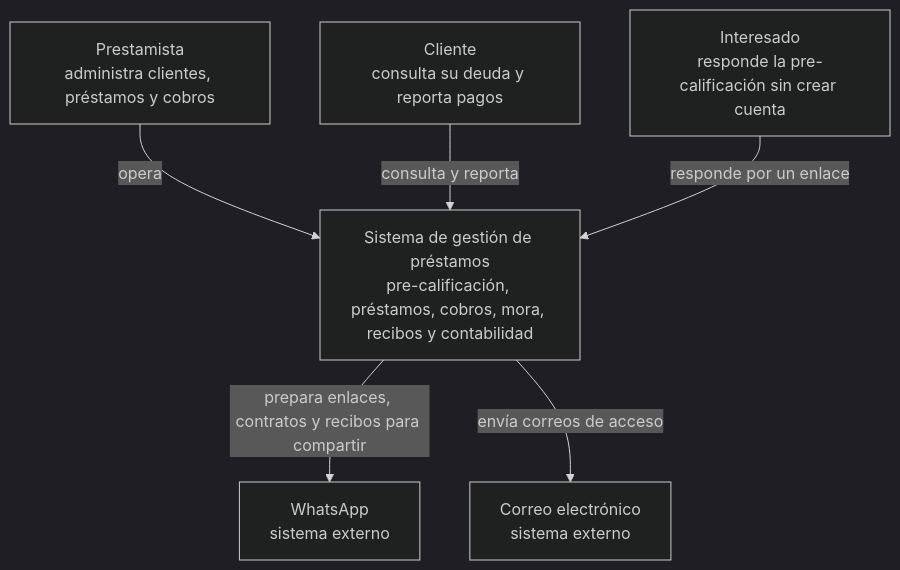
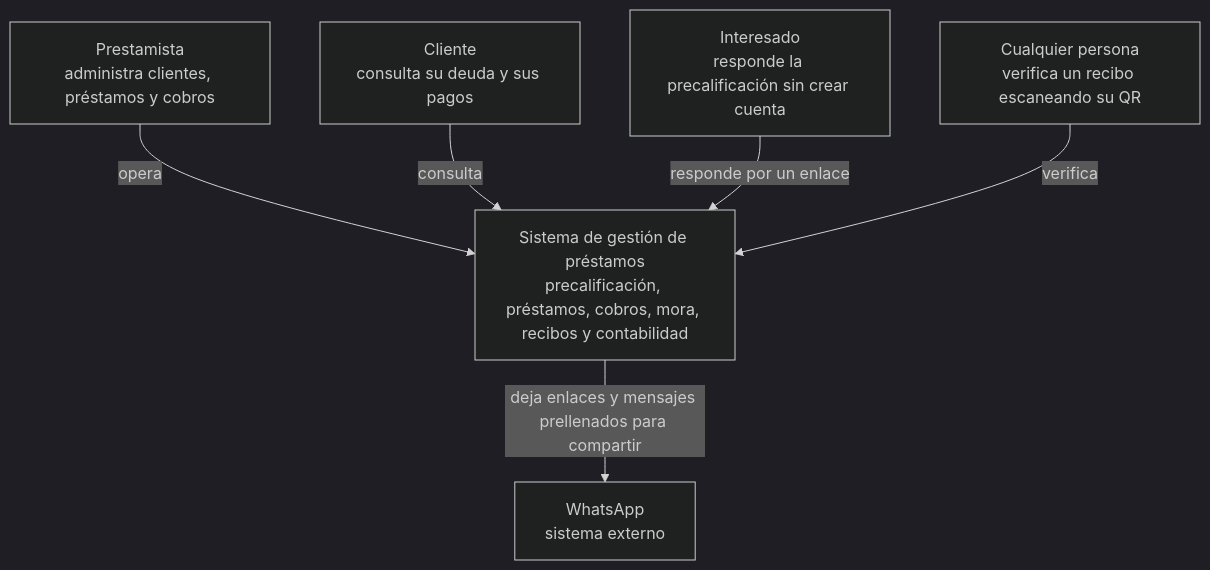
Before and after one commit to davidjoelrivas/CrediSmart: the first of 3 diagrams in docs/architecture/arquitectura.md, drawn with Mermaid (dark theme). The commit also changed other lines of this file and 19 other files, not shown here.

````diff
--- a/docs/architecture/arquitectura.md
+++ b/docs/architecture/arquitectura.md
@@ -23,17 +23,17 @@
 ```mermaid
 flowchart TB
   prestamista["Prestamista<br/>administra clientes, préstamos y cobros"]
-  cliente["Cliente<br/>consulta su deuda y reporta pagos"]
-  interesado["Interesado<br/>responde la pre-calificación sin crear cuenta"]
+  cliente["Cliente<br/>consulta su deuda y sus pagos"]
+  interesado["Interesado<br/>responde la precalificación sin crear cuenta"]
+  tercero["Cualquier persona<br/>verifica un recibo escaneando su QR"]
 
-  sistema["Sistema de gestión de préstamos<br/>pre-calificación, préstamos, cobros, mora, recibos y contabilidad"]
+  sistema["Sistema de gestión de préstamos<br/>precalificación, préstamos, cobros, mora, recibos y contabilidad"]
 
   whatsapp["WhatsApp<br/>sistema externo"]
-  correo["Correo electrónico<br/>sistema externo"]
 
   prestamista -->|"opera"| sistema
-  cliente -->|"consulta y reporta"| sistema
+  cliente -->|"consulta"| sistema
   interesado -->|"responde por un enlace"| sistema
-  sistema -->|"prepara enlaces, contratos y recibos para compartir"| whatsapp
-  sistema -->|"envía correos de acceso"| correo
+  tercero -->|"verifica"| sistema
+  sistema -->|"deja enlaces y mensajes prellenados para compartir"| whatsapp
 ```
````
